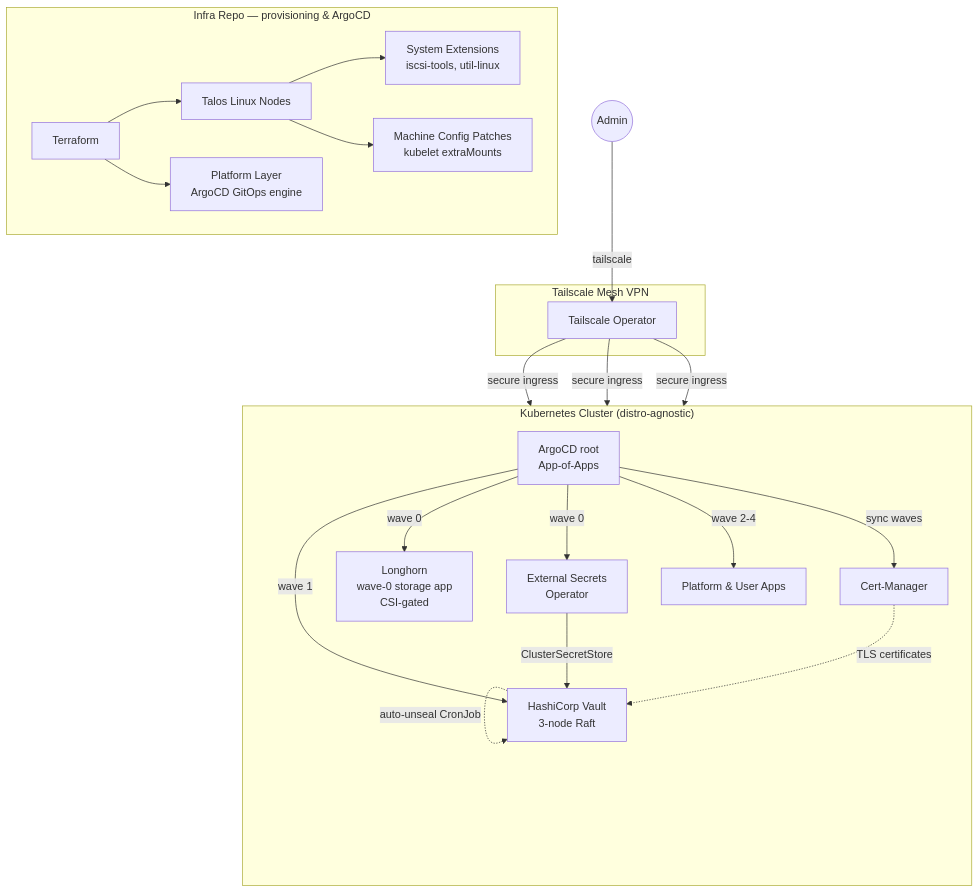
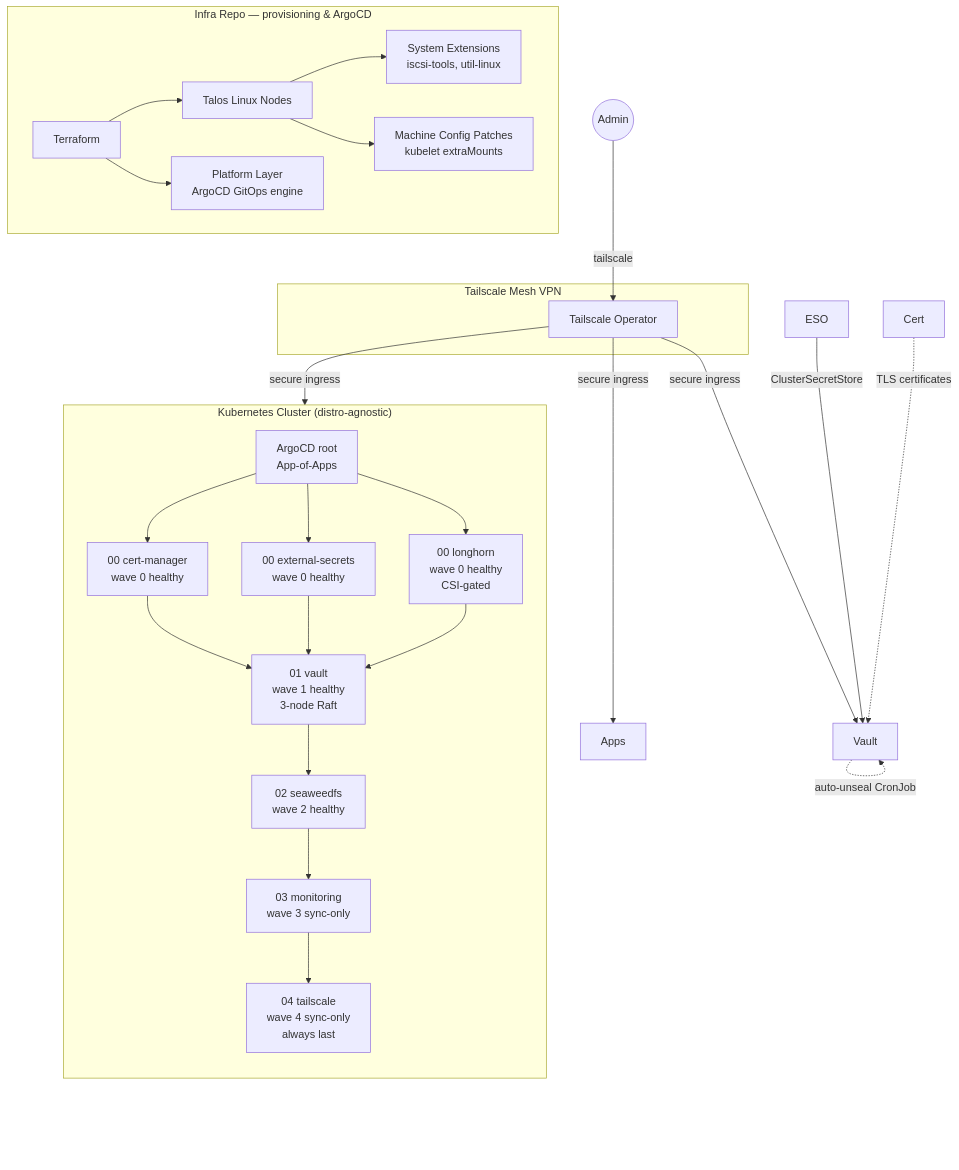
The diagram in README.md (Seom88/secured-gitops-tailscale-homelab), drawn with Mermaid before and after one commit. The commit also changed other lines of this file and 15 other files, not shown here.

Commit message:
feat: implement wave-ordered platform apps as plain Applications with sync-wave annotations

````diff
--- a/README.md
+++ b/README.md
@@ -22,43 +22,45 @@
 ```mermaid
 graph TD
     subgraph "Infra Repo — provisioning & ArgoCD"
         TF[Terraform]
         TALOS[Talos Linux Nodes]
         EXT[System Extensions<br/>iscsi-tools, util-linux]
         PATCH[Machine Config Patches<br/>kubelet extraMounts]
         PLATFORM[Platform Layer<br/>ArgoCD GitOps engine]
         TF --> TALOS
         TALOS --> EXT
         TALOS --> PATCH
         TF --> PLATFORM
     end
 
     subgraph "Tailscale Mesh VPN"
         TS[Tailscale Operator]
     end
 
     subgraph "Kubernetes Cluster (distro-agnostic)"
         direction TB
         ROOT[ArgoCD root<br/>App-of-Apps]
-        LH[Longhorn<br/>wave-0 storage app<br/>CSI-gated]
-        Vault[HashiCorp Vault<br/>3-node Raft]
-        ESO[External Secrets<br/>Operator]
-        Cert[Cert-Manager]
-        Apps[Platform & User Apps]
+        W0A[00 cert-manager<br/>wave 0 healthy]
+        W0B[00 external-secrets<br/>wave 0 healthy]
+        W0C[00 longhorn<br/>wave 0 healthy<br/>CSI-gated]
+        W1[01 vault<br/>wave 1 healthy<br/>3-node Raft]
+        W2[02 seaweedfs<br/>wave 2 healthy]
+        W3[03 monitoring<br/>wave 3 sync-only]
+        W4[04 tailscale<br/>wave 4 sync-only<br/>always last]
 
-        ROOT -->|sync waves| Cert
-        ROOT -->|wave 0| LH
-        ROOT -->|wave 0| ESO
-        ROOT -->|wave 1| Vault
-        ROOT -->|wave 2-4| Apps
+        ROOT --> W0A & W0B & W0C
+        W0A & W0B & W0C --> W1
+        W1 --> W2
+        W2 --> W3
+        W3 --> W4
     end
 
     User((Admin)) -->|tailscale| TS
     TS -->|secure ingress| ROOT
     TS -->|secure ingress| Vault
     TS -->|secure ingress| Apps
 
     ESO -->|ClusterSecretStore| Vault
     Vault -.->|auto-unseal CronJob| Vault
     Cert -.->|TLS certificates| Vault
 ```
````
